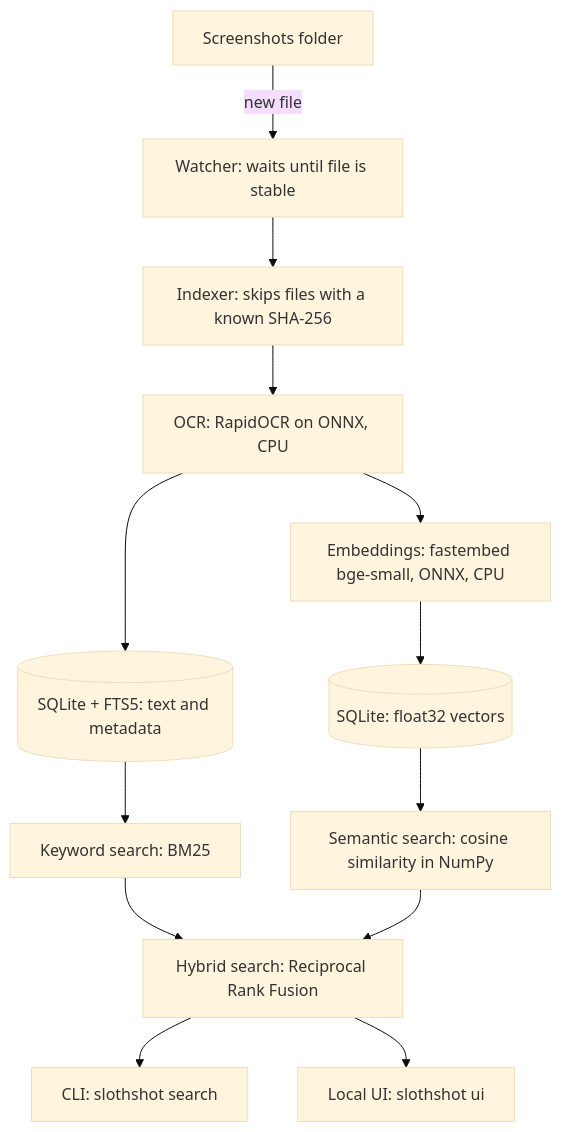
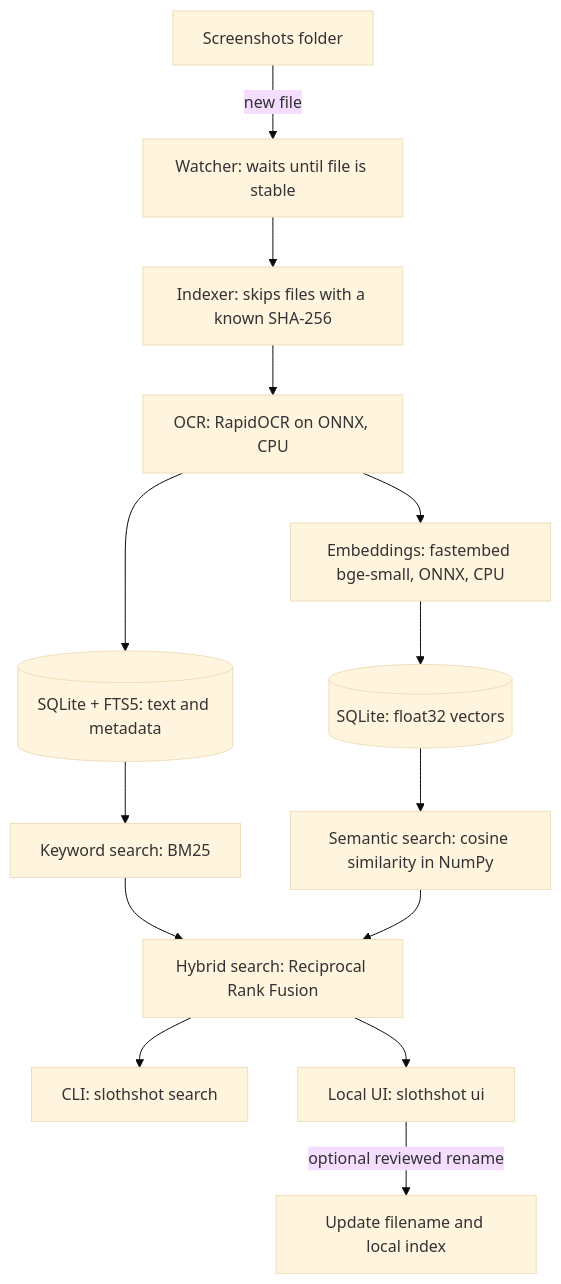
The diagram in README.md (DS013git/SlothShot), drawn with Mermaid (base theme) before and after one commit. The commit also changed other lines of this file and 3 other files, not shown here.

````diff
--- a/README.md
+++ b/README.md
@@ -29,15 +29,16 @@
 ```mermaid
 flowchart TD
     A[Screenshots folder] -->|new file| B[Watcher: waits until file is stable]
     B --> C[Indexer: skips files with a known SHA-256]
     C --> D[OCR: RapidOCR on ONNX, CPU]
     D --> E[Embeddings: fastembed bge-small, ONNX, CPU]
     D --> F[(SQLite + FTS5: text and metadata)]
     E --> G[(SQLite: float32 vectors)]
     F --> H[Keyword search: BM25]
     G --> I[Semantic search: cosine similarity in NumPy]
     H --> J[Hybrid search: Reciprocal Rank Fusion]
     I --> J
     J --> K[CLI: slothshot search]
     J --> L[Local UI: slothshot ui]
+    L -->|optional reviewed rename| M[Update filename and local index]
 ```
````
